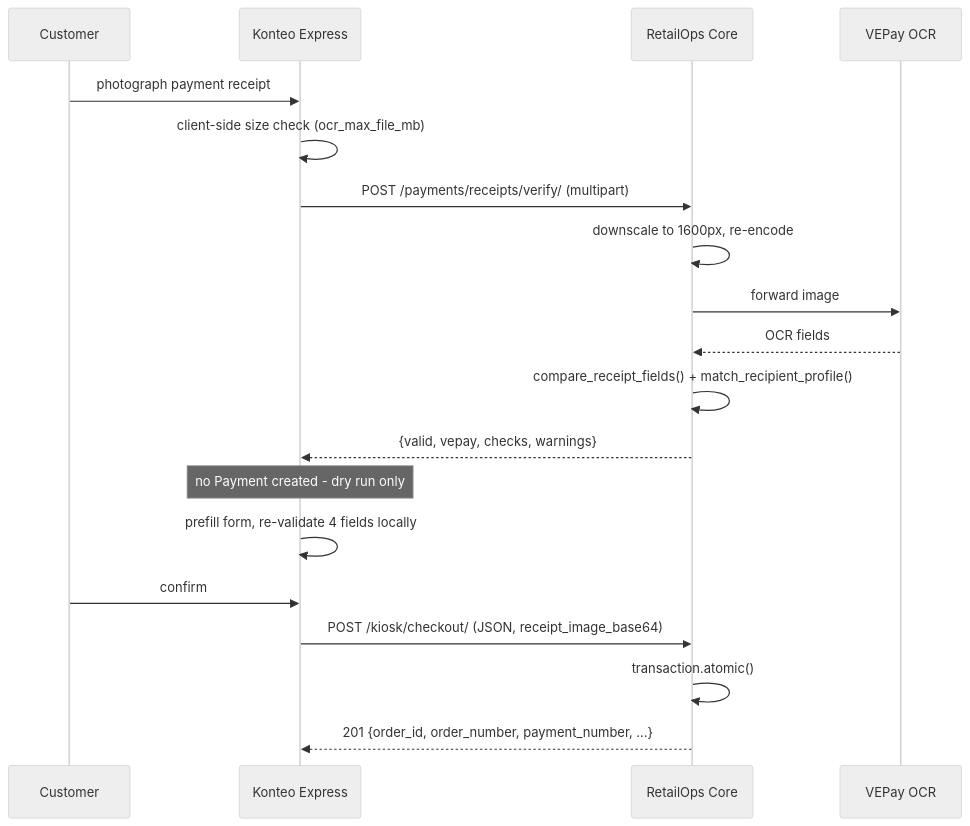
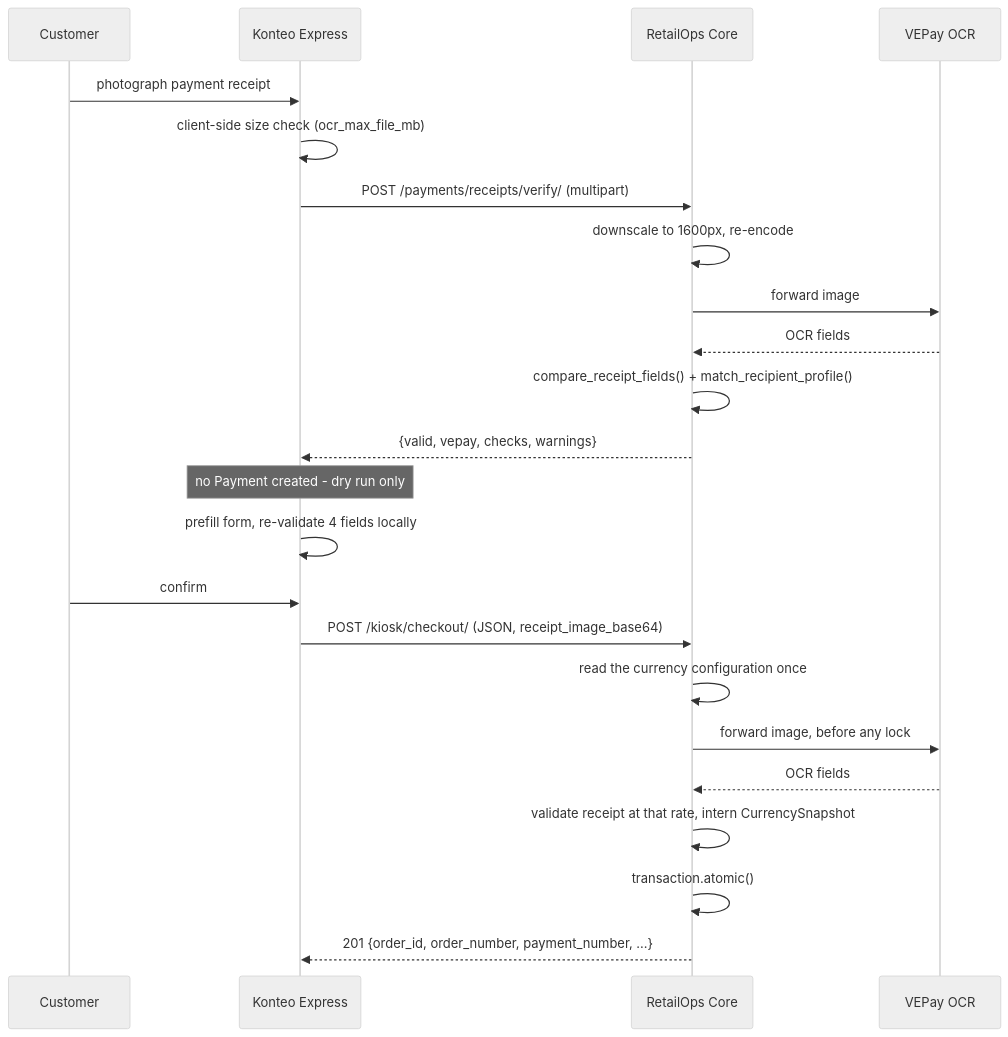
The third of 3 diagrams in ARCHITECTURE.md (jp72924/retailops), drawn with Mermaid (neutral theme) before and after one commit. The commit also changed other lines of this file, not shown here.

First line of the commit message:
docs: describe the currency snapshot model in ARCHITECTURE.md

````diff
--- a/ARCHITECTURE.md
+++ b/ARCHITECTURE.md
@@ -902,22 +1010,26 @@
 ```mermaid
 sequenceDiagram
     participant C as Customer
     participant K as Konteo Express
     participant A as RetailOps Core
     participant V as VEPay OCR
 
     C->>K: photograph payment receipt
     K->>K: client-side size check (ocr_max_file_mb)
     K->>A: POST /payments/receipts/verify/ (multipart)
     A->>A: downscale to 1600px, re-encode
     A->>V: forward image
     V-->>A: OCR fields
     A->>A: compare_receipt_fields() + match_recipient_profile()
     A-->>K: {valid, vepay, checks, warnings}
     Note over K: no Payment created - dry run only
     K->>K: prefill form, re-validate 4 fields locally
     C->>K: confirm
     K->>A: POST /kiosk/checkout/ (JSON, receipt_image_base64)
+    A->>A: read the currency configuration once
+    A->>V: forward image, before any lock
+    V-->>A: OCR fields
+    A->>A: validate receipt at that rate, intern CurrencySnapshot
     A->>A: transaction.atomic()
     A-->>K: 201 {order_id, order_number, payment_number, ...}
 ```
````
